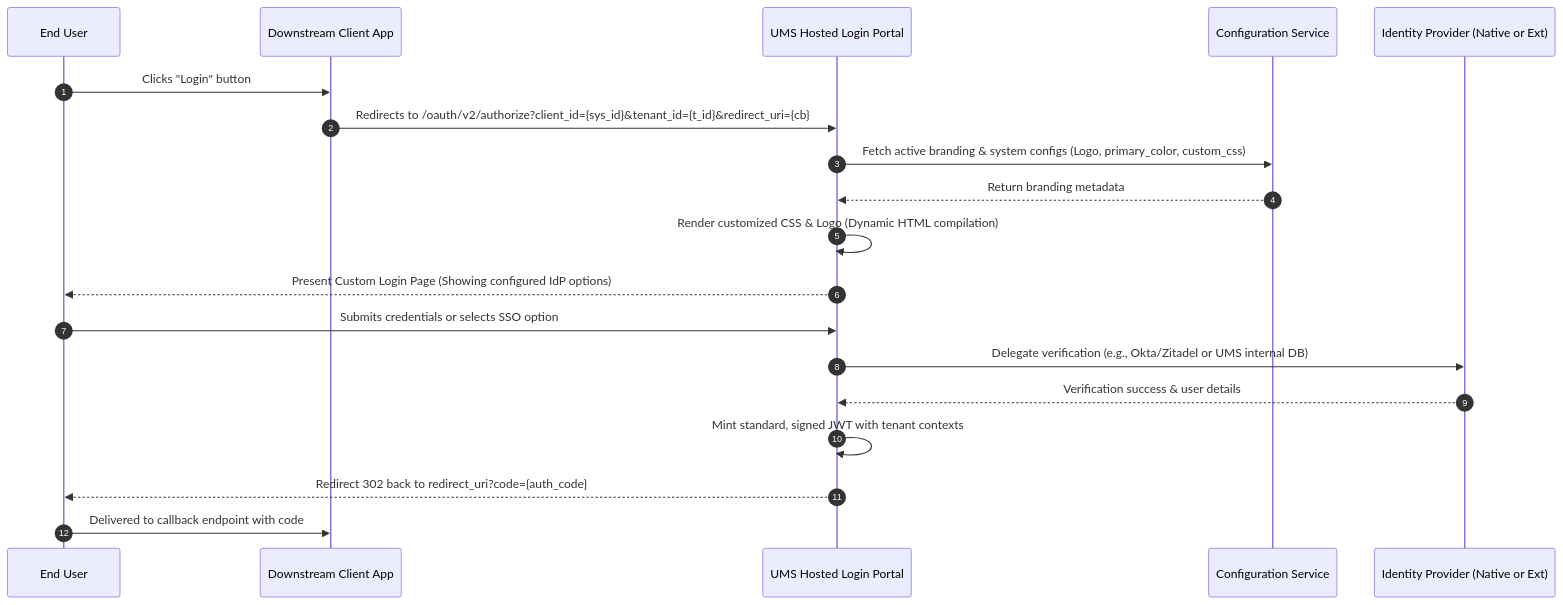
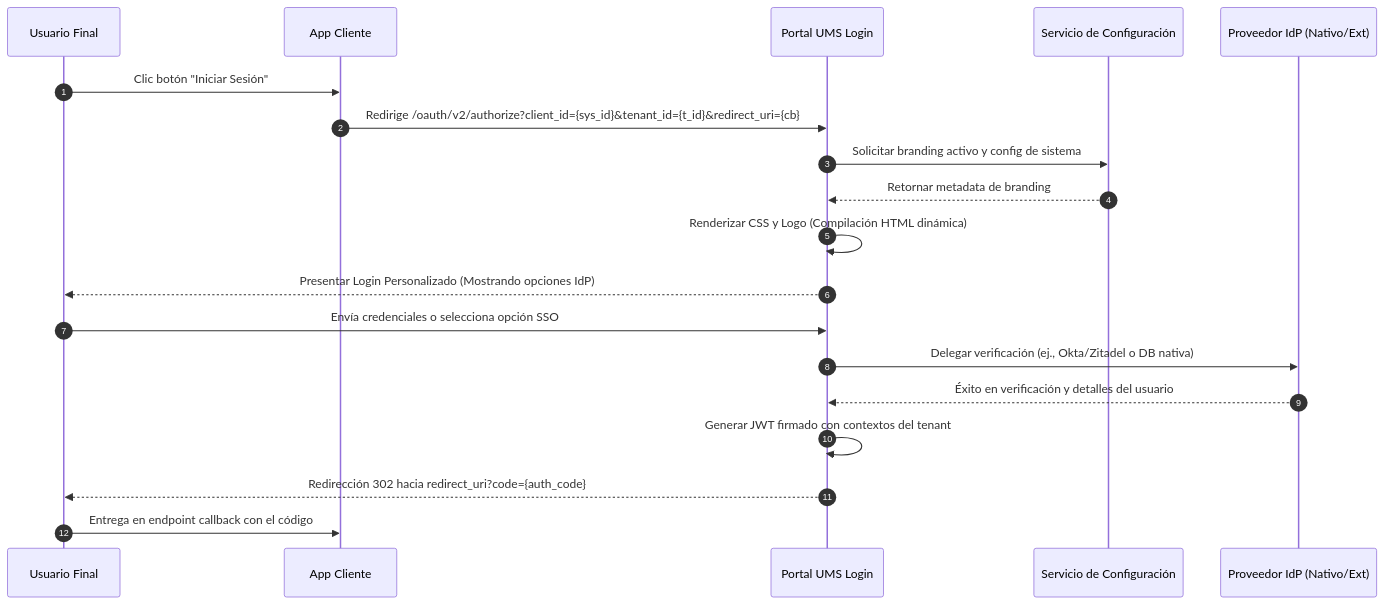
The diagram in src/ums-workspace/docs/es/01-requirements/usecases/uc-10-hosted-login-redirection.md (beyondnetcode/ums), drawn with Mermaid before and after one commit. The commit also changed other lines of this file and 6 other files, not shown here.

Commit message:
docs: complete semantic translation of UC-05 to UC-11, unifying language and diagram nodes to Spanish

````diff
--- a/src/ums-workspace/docs/es/01-requirements/usecases/uc-10-hosted-login-redirection.md
+++ b/src/ums-workspace/docs/es/01-requirements/usecases/uc-10-hosted-login-redirection.md
@@ -22,24 +20,24 @@
 ```mermaid
 sequenceDiagram
     autonumber
-    participant User as End User
-    participant App as Downstream Client App
-    participant HostedLogin as UMS Hosted Login Portal
-    participant ConfigAPI as Configuration Service
-    participant IdP as Identity Provider (Native or Ext)
+    participant User as Usuario Final
+    participant App as App Cliente
+    participant HostedLogin as Portal UMS Login
+    participant ConfigAPI as Servicio de Configuración
+    participant IdP as Proveedor IdP (Nativo/Ext)
 
-    User->>App: Clicks "Login" button
-    App->>HostedLogin: Redirects to /oauth/v2/authorize?client_id={sys_id}&tenant_id={t_id}&redirect_uri={cb}
-    HostedLogin->>ConfigAPI: Fetch active branding & system configs (Logo, primary_color, custom_css)
-    ConfigAPI-->>HostedLogin: Return branding metadata
-    HostedLogin->>HostedLogin: Render customized CSS & Logo (Dynamic HTML compilation)
-    HostedLogin-->>User: Present Custom Login Page (Showing configured IdP options)
+    User->>App: Clic botón "Iniciar Sesión"
+    App->>HostedLogin: Redirige /oauth/v2/authorize?client_id={sys_id}&tenant_id={t_id}&redirect_uri={cb}
+    HostedLogin->>ConfigAPI: Solicitar branding activo y config de sistema
+    ConfigAPI-->>HostedLogin: Retornar metadata de branding
+    HostedLogin->>HostedLogin: Renderizar CSS y Logo (Compilación HTML dinámica)
+    HostedLogin-->>User: Presentar Login Personalizado (Mostrando opciones IdP)
     
-    User->>HostedLogin: Submits credentials or selects SSO option
-    HostedLogin->>IdP: Delegate verification (e.g., Okta/Zitadel or UMS internal DB)
-    IdP-->>HostedLogin: Verification success & user details
+    User->>HostedLogin: Envía credenciales o selecciona opción SSO
+    HostedLogin->>IdP: Delegar verificación (ej., Okta/Zitadel o DB nativa)
+    IdP-->>HostedLogin: Éxito en verificación y detalles del usuario
     
-    HostedLogin->>HostedLogin: Mint standard, signed JWT with tenant contexts
-    HostedLogin-->>User: Redirect 302 back to redirect_uri?code={auth_code}
-    User->>App: Delivered to callback endpoint with code
+    HostedLogin->>HostedLogin: Generar JWT firmado con contextos del tenant
+    HostedLogin-->>User: Redirección 302 hacia redirect_uri?code={auth_code}
+    User->>App: Entrega en endpoint callback con el código
 ```
````
